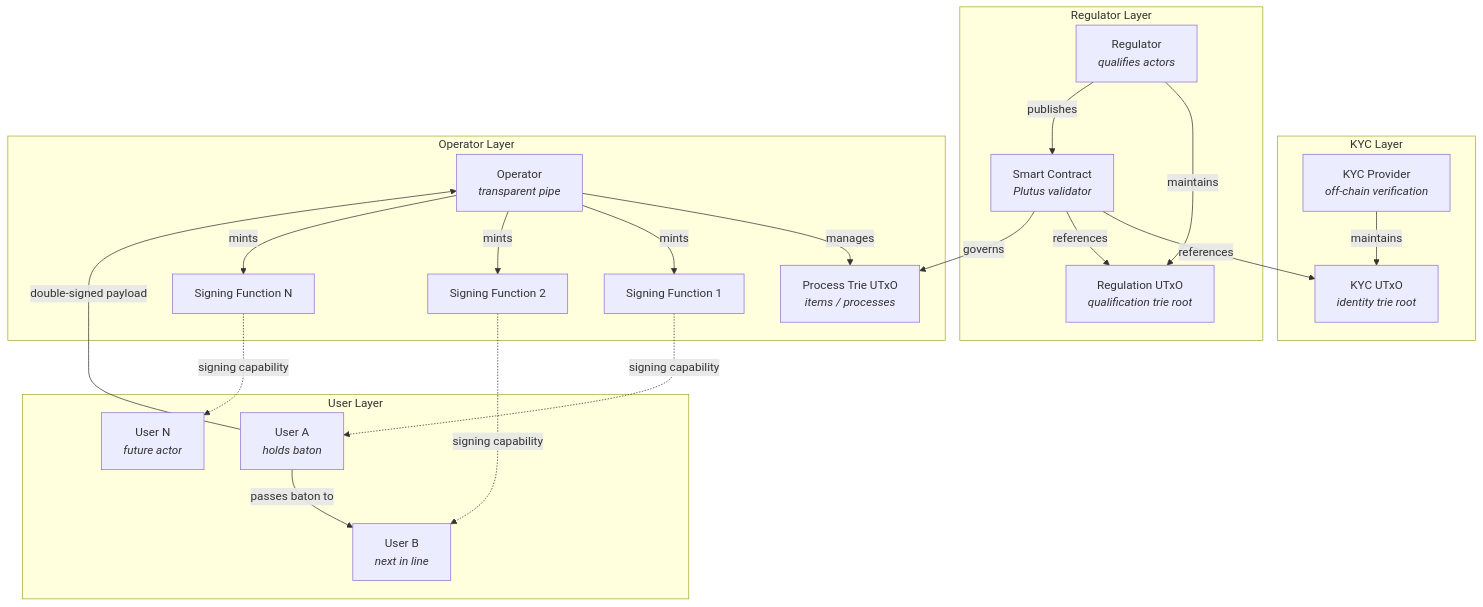
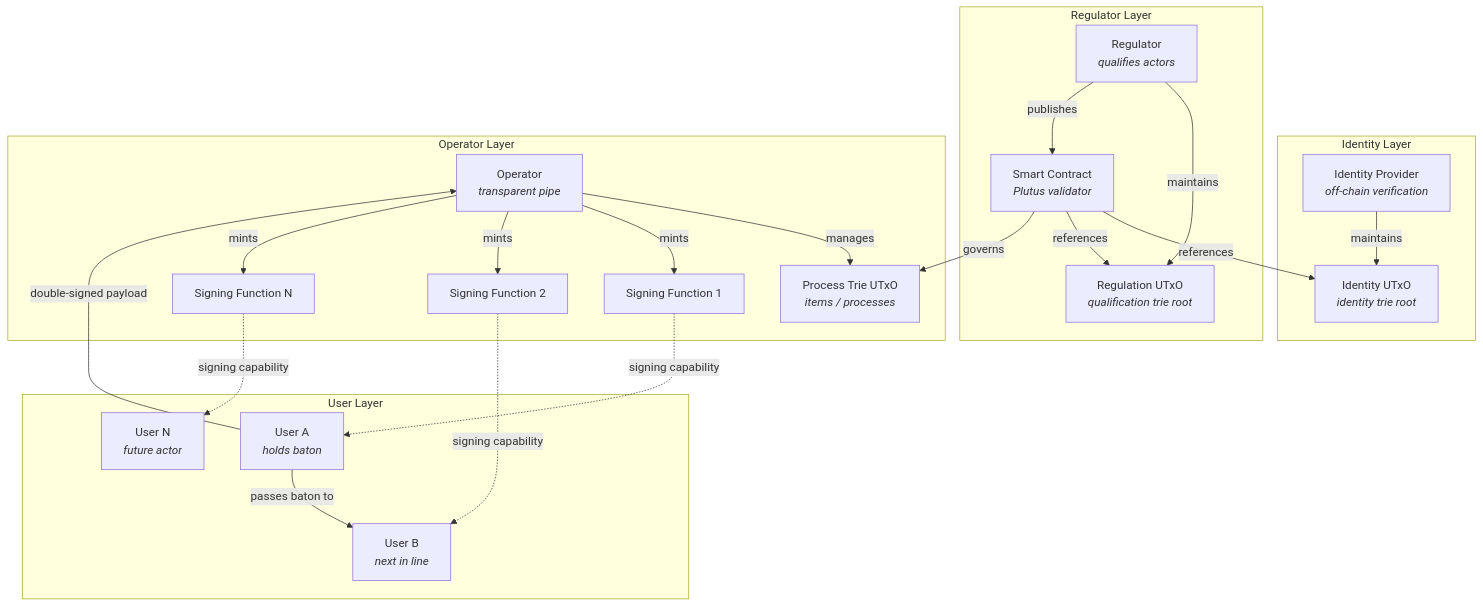
Before and after one commit to lambdasistemi/cardano-for-regulators: diagram 19 of 19 in docs/framework/schema.md, drawn with Mermaid. The commit also changed other lines of this file and 1 other file, not shown here.

Commit message:
rename KYC provider to identity provider throughout

````diff
--- a/docs/framework/schema.md
+++ b/docs/framework/schema.md
@@ -706,44 +706,44 @@
 ```mermaid
 graph TB
-    subgraph KYC Layer
-        KYC_P[KYC Provider<br/><i>off-chain verification</i>]
-        KYC_UTxO[KYC UTxO<br/><i>identity trie root</i>]
-        KYC_P -->|maintains| KYC_UTxO
+    subgraph Identity Layer
+        IDP_P[Identity Provider<br/><i>off-chain verification</i>]
+        IDP_UTxO[Identity UTxO<br/><i>identity trie root</i>]
+        IDP_P -->|maintains| IDP_UTxO
     end
 
     subgraph Regulator Layer
         REG[Regulator<br/><i>qualifies actors</i>]
         REG_UTxO[Regulation UTxO<br/><i>qualification trie root</i>]
         SC[Smart Contract<br/><i>Plutus validator</i>]
         REG -->|maintains| REG_UTxO
         REG -->|publishes| SC
-        SC -->|references| KYC_UTxO
+        SC -->|references| IDP_UTxO
         SC -->|references| REG_UTxO
     end
 
     subgraph Operator Layer
         OP[Operator<br/><i>transparent pipe</i>]
         TRIE[Process Trie UTxO<br/><i>items / processes</i>]
         SF1[Signing Function 1]
         SF2[Signing Function 2]
         SF3[Signing Function N]
         OP -->|manages| TRIE
         OP -->|mints| SF1
         OP -->|mints| SF2
         OP -->|mints| SF3
         SC -->|governs| TRIE
     end
 
     subgraph User Layer
         U1[User A<br/><i>holds baton</i>]
         U2[User B<br/><i>next in line</i>]
         U3[User N<br/><i>future actor</i>]
     end
 
     SF1 -.->|signing capability| U1
     SF2 -.->|signing capability| U2
     SF3 -.->|signing capability| U3
 
     U1 -->|double-signed payload| OP
     U1 -->|passes baton to| U2
 ```
````
